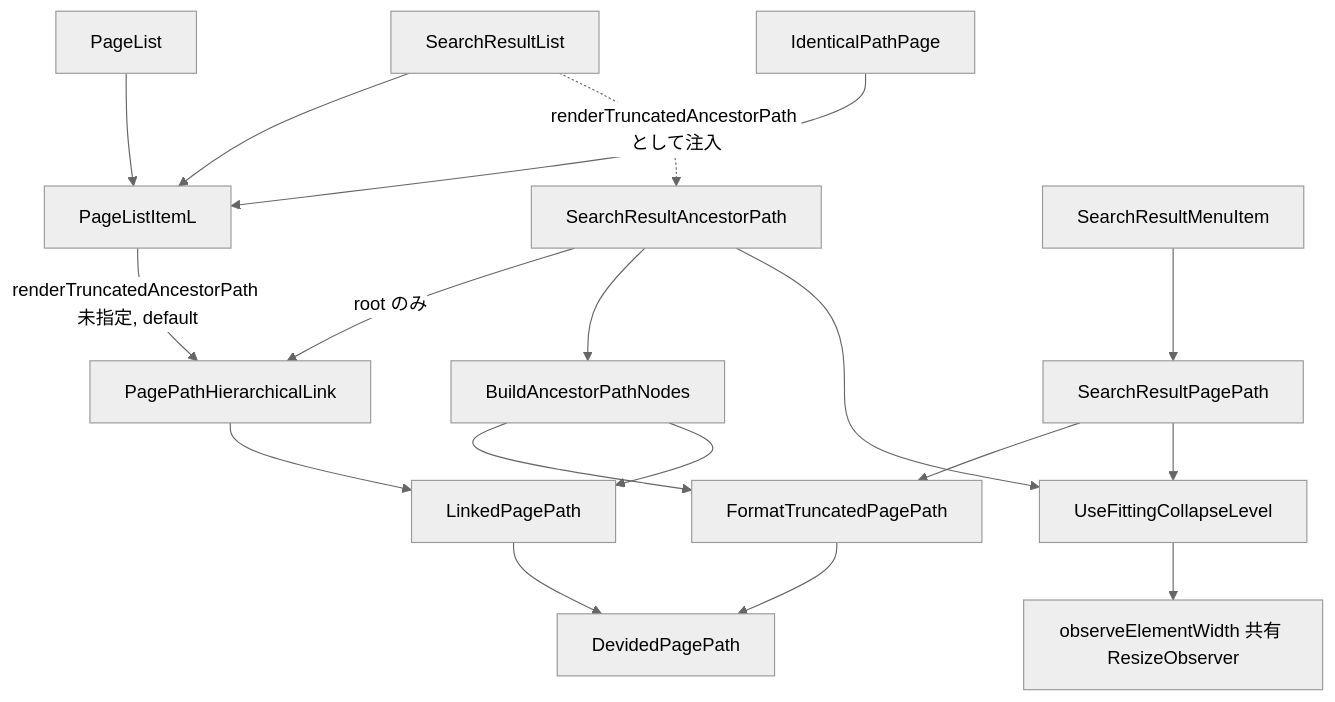
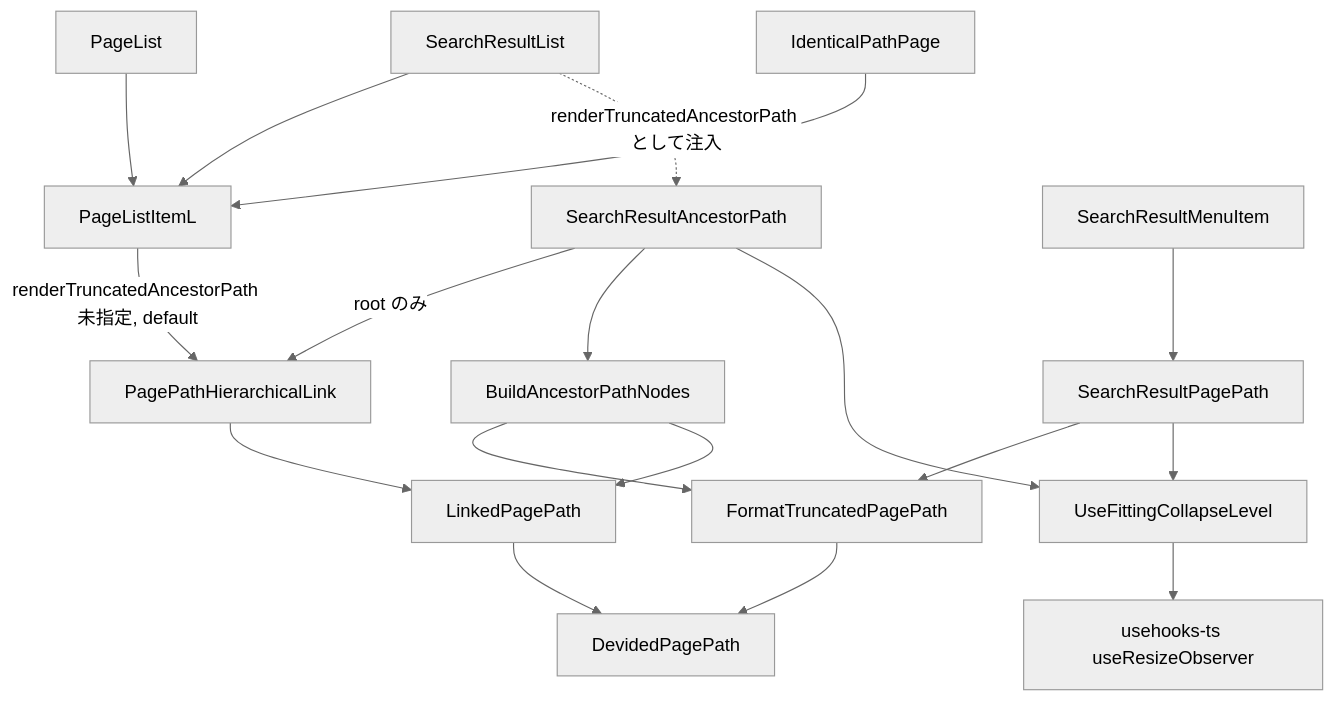
Before and after one commit to growilabs/growi: the first of 3 diagrams in .kiro/specs/page-path-truncation/design.md, drawn with Mermaid (neutral theme). The commit also changed other lines of this file and 4 other files, not shown here.

First line of the commit message:
revert(page-path-truncation): observe row widths with usehooks-ts useResizeObserver again

````diff
--- a/.kiro/specs/page-path-truncation/design.md
+++ b/.kiro/specs/page-path-truncation/design.md
@@ -76,24 +75,24 @@
 ```mermaid
 graph TB
     SearchResultList --> PageListItemL
     PageList --> PageListItemL
     IdenticalPathPage --> PageListItemL
 
     PageListItemL -->|renderTruncatedAncestorPath 未指定, default| PagePathHierarchicalLink
     SearchResultList -.->|renderTruncatedAncestorPath として注入| SearchResultAncestorPath
     SearchResultAncestorPath -->|root のみ| PagePathHierarchicalLink
 
     SearchResultAncestorPath --> BuildAncestorPathNodes
     BuildAncestorPathNodes --> FormatTruncatedPagePath
     BuildAncestorPathNodes --> LinkedPagePath
     PagePathHierarchicalLink --> LinkedPagePath
 
     FormatTruncatedPagePath --> DevidedPagePath
     LinkedPagePath --> DevidedPagePath
 
     SearchResultMenuItem --> SearchResultPagePath
     SearchResultPagePath --> FormatTruncatedPagePath
     SearchResultPagePath --> UseFittingCollapseLevel
     SearchResultAncestorPath --> UseFittingCollapseLevel
-    UseFittingCollapseLevel --> SharedResizeObserver[observeElementWidth 共有 ResizeObserver]
+    UseFittingCollapseLevel --> UseResizeObserver[usehooks-ts useResizeObserver]
 ```
````
